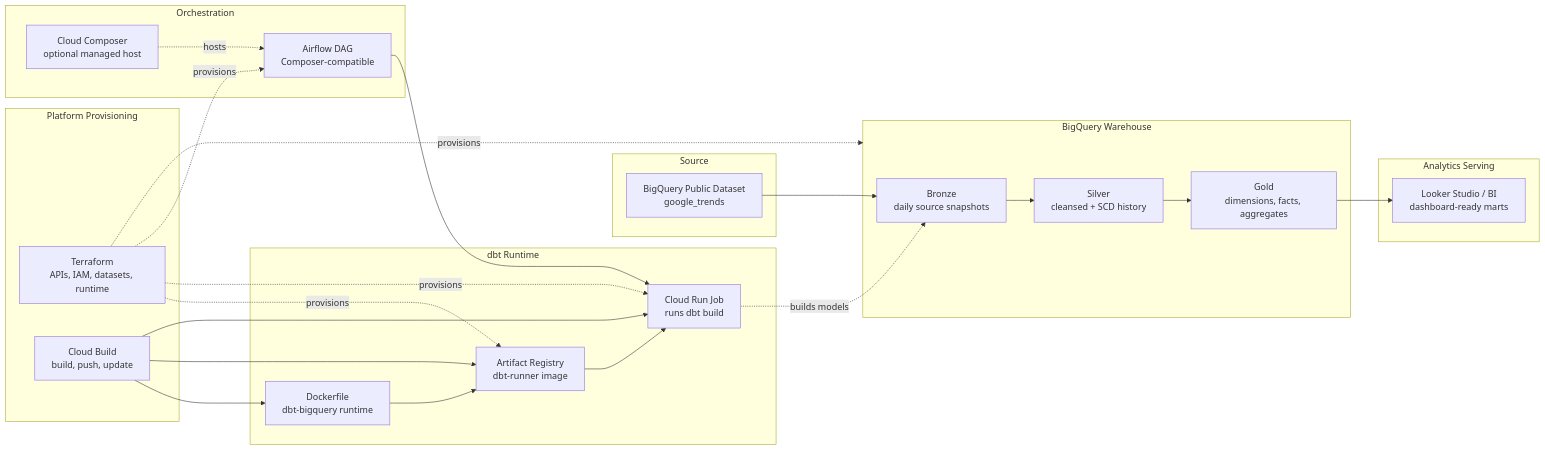
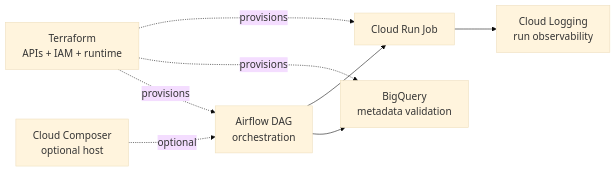
One commit to DavidPrivateProjects/global-trend-intelligence-platform changed the third of 3 diagrams in architecture/diagrams/diagram.md. Above: the diagram before and after it, drawn with Mermaid. The commit also changed other lines of this file, not shown here.

Commit message:
docs: improve diagram readability

````diff
--- a/architecture/diagrams/diagram.md
+++ b/architecture/diagrams/diagram.md
@@ -3,53 +41,19 @@
 ```mermaid
+%%{init: {"theme": "base", "themeVariables": {"fontSize": "18px", "fontFamily": "Arial"}}}%%
 flowchart LR
-    %% Main data path
-    subgraph source["Source"]
-        public_bq["BigQuery Public Dataset<br/>google_trends"]
-    end
+    terraform["Terraform<br/>APIs + IAM + runtime"]
+    airflow["Airflow DAG<br/>orchestration"]
+    composer["Cloud Composer<br/>optional host"]
+    job["Cloud Run Job"]
+    logs["Cloud Logging<br/>run observability"]
+    bq["BigQuery<br/>metadata validation"]
 
-    subgraph warehouse["BigQuery Warehouse"]
-        bronze["Bronze<br/>daily source snapshots"]
-        silver["Silver<br/>cleansed + SCD history"]
-        gold["Gold<br/>dimensions, facts, aggregates"]
-    end
-
-    subgraph serving["Analytics Serving"]
-        dashboards["Looker Studio / BI<br/>dashboard-ready marts"]
-    end
-
-    public_bq --> bronze --> silver --> gold --> dashboards
-
-    %% Runtime path
-    subgraph runtime["dbt Runtime"]
-        docker["Dockerfile<br/>dbt-bigquery runtime"]
-        registry["Artifact Registry<br/>dbt-runner image"]
-        run_job["Cloud Run Job<br/>runs dbt build"]
-    end
-
-    docker --> registry --> run_job
-    run_job -. builds models .-> bronze
-
-    %% Orchestration path
-    subgraph orchestration["Orchestration"]
-        airflow["Airflow DAG<br/>Composer-compatible"]
-        composer["Cloud Composer<br/>optional managed host"]
-    end
-
-    composer -. hosts .-> airflow
-    airflow --> run_job
-
-    %% Deployment and infrastructure path
-    subgraph platform["Platform Provisioning"]
-        terraform["Terraform<br/>APIs, IAM, datasets, runtime"]
-        cloudbuild["Cloud Build<br/>build, push, update"]
-    end
-
-    terraform -. provisions .-> warehouse
-    terraform -. provisions .-> registry
-    terraform -. provisions .-> run_job
+    terraform -. provisions .-> job
+    terraform -. provisions .-> bq
     terraform -. provisions .-> airflow
 
-    cloudbuild --> docker
-    cloudbuild --> registry
-    cloudbuild --> run_job
+    composer -. optional .-> airflow
+    airflow --> job
+    airflow --> bq
+    job --> logs
 ```
````
